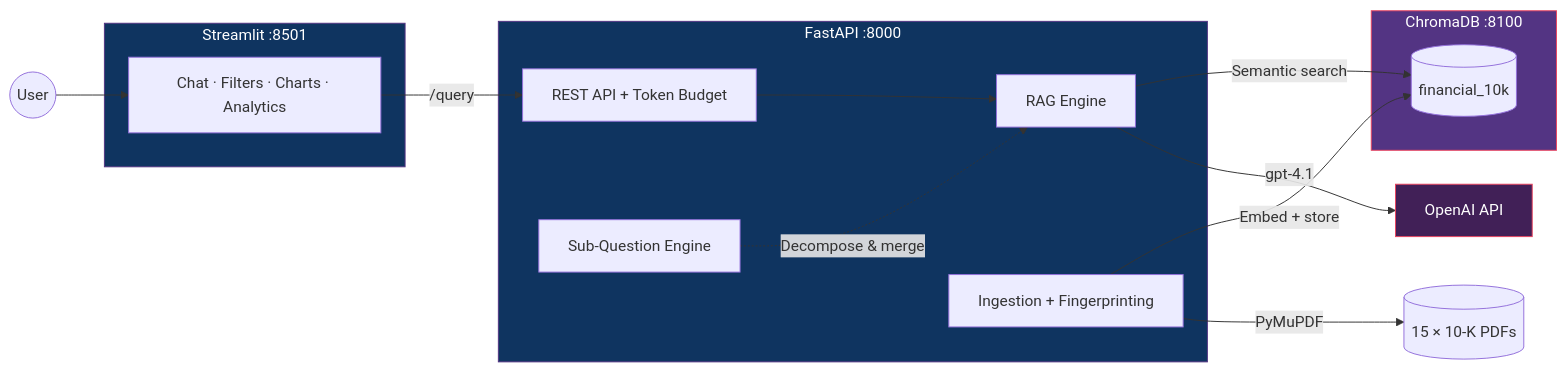
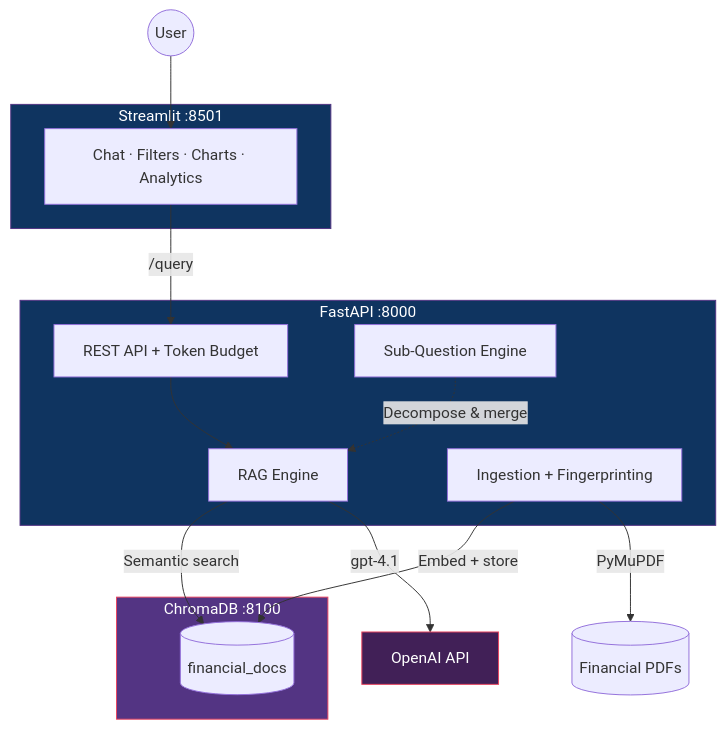
One commit to straf10/Hackathon-RAG changed the diagram in README.md. Above: the diagram before and after it, drawn with Mermaid. The commit also changed other lines of this file and 3 other files, not shown here.

````diff
--- a/README.md
+++ b/README.md
@@ -19,35 +19,35 @@
 ```mermaid
-graph LR
+graph TB
     User((User)) --> UI
 
     subgraph Frontend["Streamlit :8501"]
         UI["Chat · Filters · Charts · Analytics"]
     end
 
     subgraph Backend["FastAPI :8000"]
         API["REST API + Token Budget"]
         RAG["RAG Engine"]
         SubQ["Sub-Question Engine"]
         Ingest["Ingestion + Fingerprinting"]
     end
 
     subgraph ChromaDB["ChromaDB :8100"]
-        VDB[("financial_10k")]
+        VDB[("financial_docs")]
     end
 
-    Data[("15 × 10-K PDFs")]
+    Data[("Financial PDFs")]
     OpenAI["OpenAI API"]
 
     UI -->|"/query"| API
     API --> RAG
     RAG -->|"Semantic search"| VDB
     RAG -->|"gpt-4.1"| OpenAI
     SubQ -.->|"Decompose & merge"| RAG
     Ingest -->|"Embed + store"| VDB
     Ingest -->|"PyMuPDF"| Data
 
     style Frontend fill:#0f3460,stroke:#533483,color:#fff
     style Backend fill:#0f3460,stroke:#533483,color:#fff
     style ChromaDB fill:#533483,stroke:#e94560,color:#fff
     style OpenAI fill:#412057,stroke:#e94560,color:#fff
 ```
````
